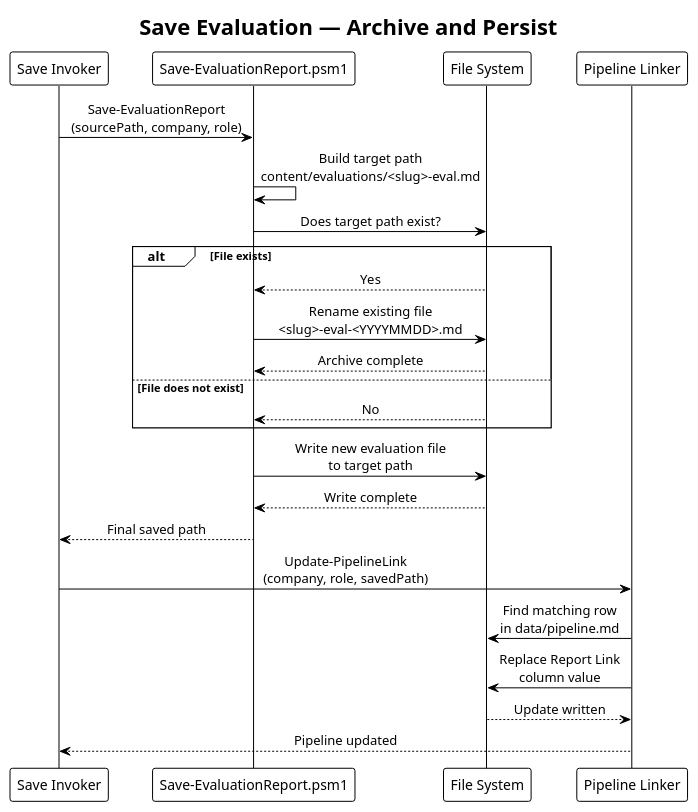
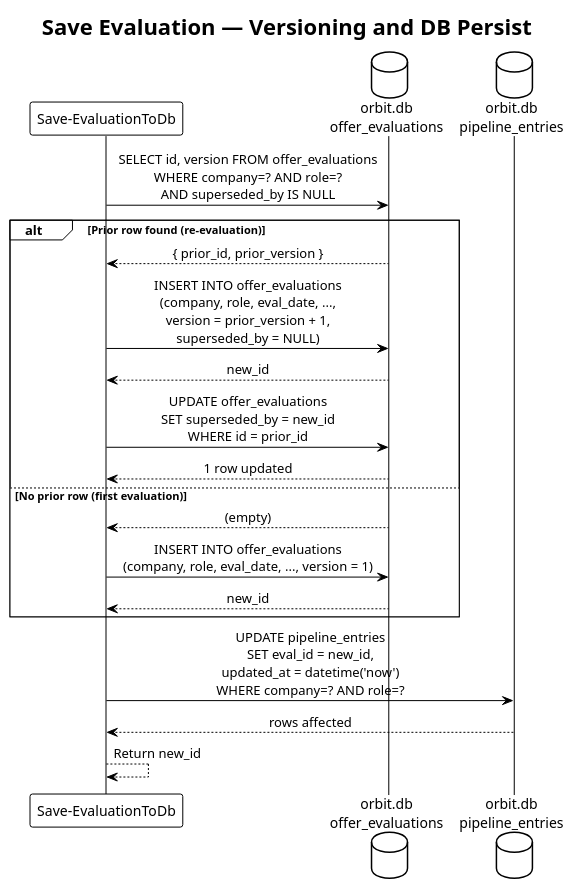
One commit to QuinntyneBrown/Orbit changed the diagram in docs/detailed-designs/04-offer-evaluation/diagrams/sequence_save_evaluation.puml. Above: the diagram before and after it, drawn with PlantUML. The commit also changed 10 other files, not shown here.

Commit message:
Add config, hooks, templates, package.json, and update diagrams and gitignore

```diff
--- a/docs/detailed-designs/04-offer-evaluation/diagrams/sequence_save_evaluation.puml
+++ b/docs/detailed-designs/04-offer-evaluation/diagrams/sequence_save_evaluation.puml
@@ -1,31 +1,29 @@
 @startuml sequence_save_evaluation
 !theme plain
 skinparam sequenceMessageAlign center
 
-title Save Evaluation — Archive and Persist
+title Save Evaluation — Versioning and DB Persist
 
-participant "Save Invoker" as invoker
-participant "Save-EvaluationReport.psm1" as saver
-participant "File System" as fs
-participant "Pipeline Linker" as linker
+participant "Save-EvaluationToDb" as saver
+database "orbit.db\noffer_evaluations" as EvalDB
+database "orbit.db\npipeline_entries" as PipeDB
 
-invoker -> saver : Save-EvaluationReport\n(sourcePath, company, role)
-saver -> saver : Build target path\ncontent/evaluations/<slug>-eval.md
-saver -> fs : Does target path exist?
-alt File exists
-    fs --> saver : Yes
-    saver -> fs : Rename existing file\n<slug>-eval-<YYYYMMDD>.md
-    fs --> saver : Archive complete
-else File does not exist
-    fs --> saver : No
+saver -> EvalDB : SELECT id, version FROM offer_evaluations\nWHERE company=? AND role=?\nAND superseded_by IS NULL
+
+alt Prior row found (re-evaluation)
+    EvalDB --> saver : { prior_id, prior_version }
+    saver -> EvalDB : INSERT INTO offer_evaluations\n(company, role, eval_date, ...,\nversion = prior_version + 1,\nsuperseded_by = NULL)
+    EvalDB --> saver : new_id
+    saver -> EvalDB : UPDATE offer_evaluations\nSET superseded_by = new_id\nWHERE id = prior_id
+    EvalDB --> saver : 1 row updated
+else No prior row (first evaluation)
+    EvalDB --> saver : (empty)
+    saver -> EvalDB : INSERT INTO offer_evaluations\n(company, role, eval_date, ..., version = 1)
+    EvalDB --> saver : new_id
 end
-saver -> fs : Write new evaluation file\nto target path
-fs --> saver : Write complete
-saver --> invoker : Final saved path
-invoker -> linker : Update-PipelineLink\n(company, role, savedPath)
-linker -> fs : Find matching row\nin data/pipeline.md
-linker -> fs : Replace Report Link\ncolumn value
-fs --> linker : Update written
-linker --> invoker : Pipeline updated
+
+saver -> PipeDB : UPDATE pipeline_entries\nSET eval_id = new_id,\nupdated_at = datetime('now')\nWHERE company=? AND role=?
+PipeDB --> saver : rows affected
+saver --> saver : Return new_id
 
 @enduml
```
